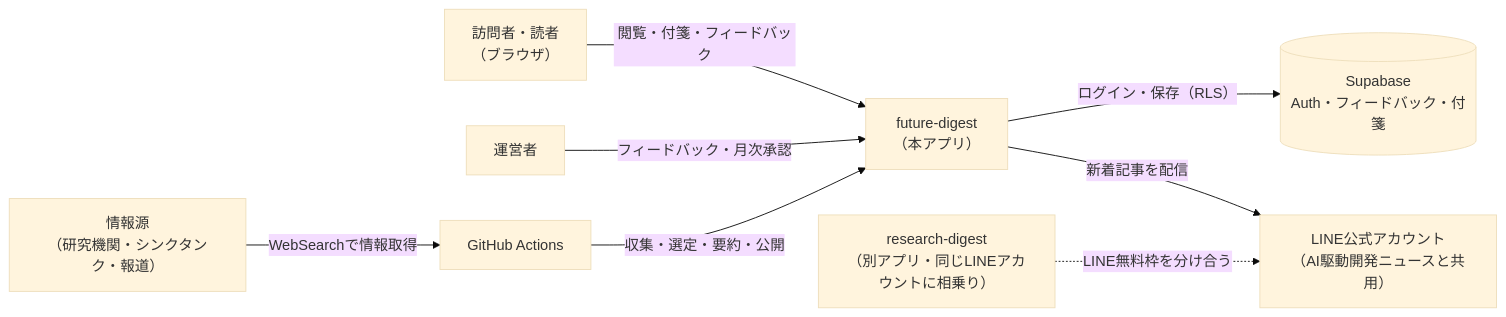
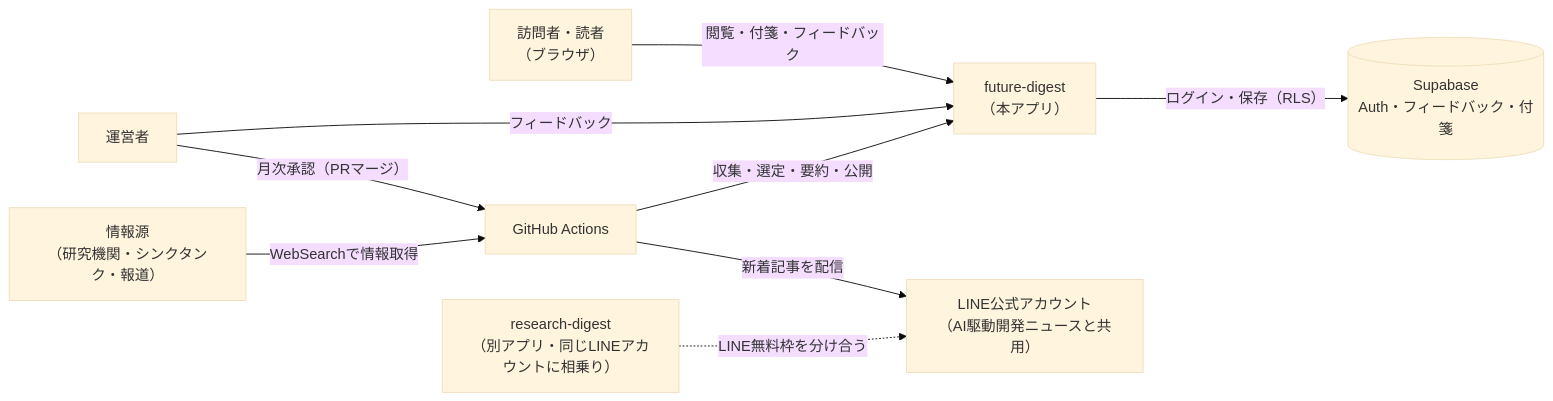
One commit to zakiyama0108/benriyatool changed the first of 4 diagrams in specs/future-digest/architecture.md. Above: the diagram before and after it, drawn with Mermaid (base theme). The commit also changed 3 other files, not shown here.

First line of the commit message:
docs(future-digest, research-digest): architectureのコンテキスト図と生成スクリプトの参加者名を直す

````diff
--- a/specs/future-digest/architecture.md
+++ b/specs/future-digest/architecture.md
@@ -21,19 +21,20 @@
 ```mermaid
 flowchart LR
     readers["訪問者・読者<br>（ブラウザ）"]
     operator["運営者"]
     app["future-digest<br>（本アプリ）"]
     supabase[("Supabase<br>Auth・フィードバック・付箋")]
     github["GitHub Actions"]
     sources["情報源<br>（研究機関・シンクタンク・報道）"]
     line["LINE公式アカウント<br>（AI駆動開発ニュースと共用）"]
     researchDigest["research-digest<br>（別アプリ・同じLINEアカウントに相乗り）"]
 
     readers -->|閲覧・付箋・フィードバック| app
-    operator -->|フィードバック・月次承認| app
+    operator -->|フィードバック| app
+    operator -->|月次承認（PRマージ）| github
     app -->|ログイン・保存（RLS）| supabase
     github -->|収集・選定・要約・公開| app
     sources -->|WebSearchで情報取得| github
-    app -->|新着記事を配信| line
+    github -->|新着記事を配信| line
     researchDigest -.->|LINE無料枠を分け合う| line
 ```
````
